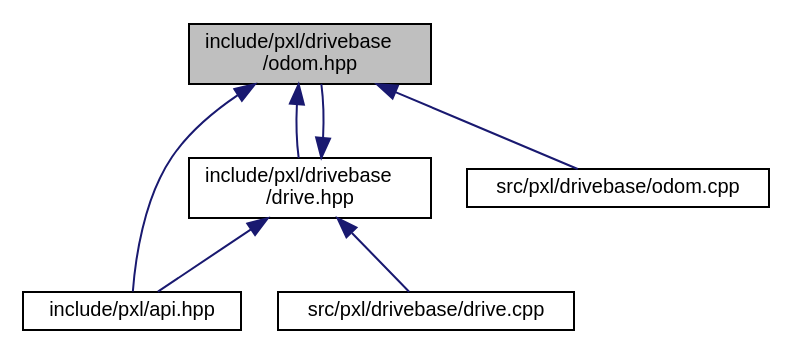
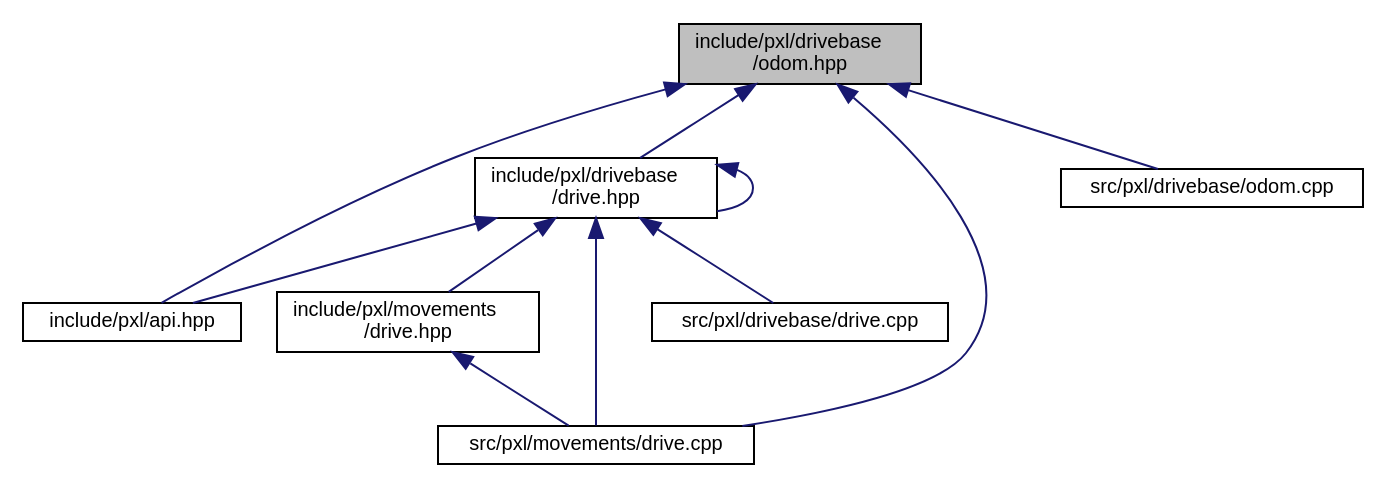
Before and after one commit to Pixel-Lib/Pixel: the diagram in odom_8hpp__dep__incl.dot, drawn with Graphviz. The commit also changed 222 other files, not shown here.

```diff
--- a/odom_8hpp__dep__incl.dot
+++ b/odom_8hpp__dep__incl.dot
@@ -1,17 +1,23 @@
 digraph "include/pxl/drivebase/odom.hpp"
 {
  // LATEX_PDF_SIZE
   edge [fontname="Helvetica",fontsize="10",labelfontname="Helvetica",labelfontsize="10"];
   node [fontname="Helvetica",fontsize="10",shape=record];
   Node1 [label="include/pxl/drivebase\l/odom.hpp",height=0.2,width=0.4,color="black", fillcolor="grey75", style="filled", fontcolor="black",tooltip=" "];
   Node1 -> Node2 [dir="back",color="midnightblue",fontsize="10",style="solid",fontname="Helvetica"];
   Node2 [label="include/pxl/api.hpp",height=0.2,width=0.4,color="black", fillcolor="white", style="filled",URL="$api_8hpp.html",tooltip=" "];
   Node1 -> Node3 [dir="back",color="midnightblue",fontsize="10",style="solid",fontname="Helvetica"];
-  Node3 [label="include/pxl/drivebase\l/drive.hpp",height=0.2,width=0.4,color="black", fillcolor="white", style="filled",URL="$drive_8hpp.html",tooltip=" "];
+  Node3 [label="include/pxl/drivebase\l/drive.hpp",height=0.2,width=0.4,color="black", fillcolor="white", style="filled",URL="$drivebase_2drive_8hpp.html",tooltip=" "];
   Node3 -> Node2 [dir="back",color="midnightblue",fontsize="10",style="solid",fontname="Helvetica"];
-  Node3 -> Node1 [dir="back",color="midnightblue",fontsize="10",style="solid",fontname="Helvetica"];
+  Node3 -> Node3 [dir="back",color="midnightblue",fontsize="10",style="solid",fontname="Helvetica"];
   Node3 -> Node4 [dir="back",color="midnightblue",fontsize="10",style="solid",fontname="Helvetica"];
-  Node4 [label="src/pxl/drivebase/drive.cpp",height=0.2,width=0.4,color="black", fillcolor="white", style="filled",URL="$drive_8cpp.html",tooltip=" "];
+  Node4 [label="include/pxl/movements\l/drive.hpp",height=0.2,width=0.4,color="black", fillcolor="white", style="filled",URL="$movements_2drive_8hpp.html",tooltip=" "];
+  Node4 -> Node5 [dir="back",color="midnightblue",fontsize="10",style="solid",fontname="Helvetica"];
+  Node5 [label="src/pxl/movements/drive.cpp",height=0.2,width=0.4,color="black", fillcolor="white", style="filled",URL="$movements_2drive_8cpp.html",tooltip=" "];
+  Node3 -> Node6 [dir="back",color="midnightblue",fontsize="10",style="solid",fontname="Helvetica"];
+  Node6 [label="src/pxl/drivebase/drive.cpp",height=0.2,width=0.4,color="black", fillcolor="white", style="filled",URL="$drivebase_2drive_8cpp.html",tooltip=" "];
+  Node3 -> Node5 [dir="back",color="midnightblue",fontsize="10",style="solid",fontname="Helvetica"];
+  Node1 -> Node7 [dir="back",color="midnightblue",fontsize="10",style="solid",fontname="Helvetica"];
+  Node7 [label="src/pxl/drivebase/odom.cpp",height=0.2,width=0.4,color="black", fillcolor="white", style="filled",URL="$odom_8cpp.html",tooltip=" "];
   Node1 -> Node5 [dir="back",color="midnightblue",fontsize="10",style="solid",fontname="Helvetica"];
-  Node5 [label="src/pxl/drivebase/odom.cpp",height=0.2,width=0.4,color="black", fillcolor="white", style="filled",URL="$odom_8cpp.html",tooltip=" "];
 }
```
